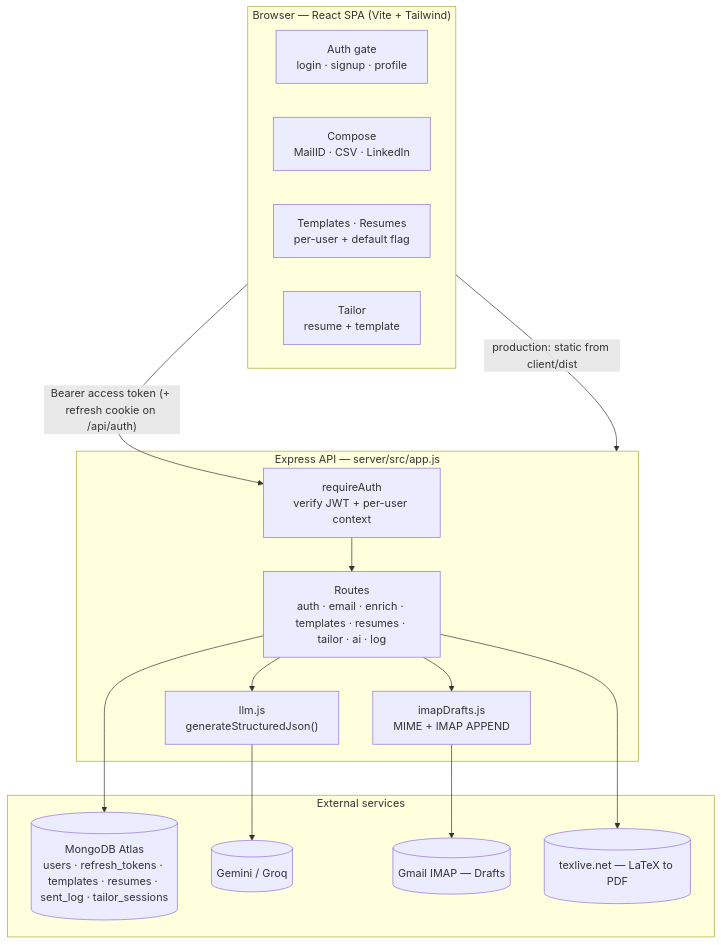
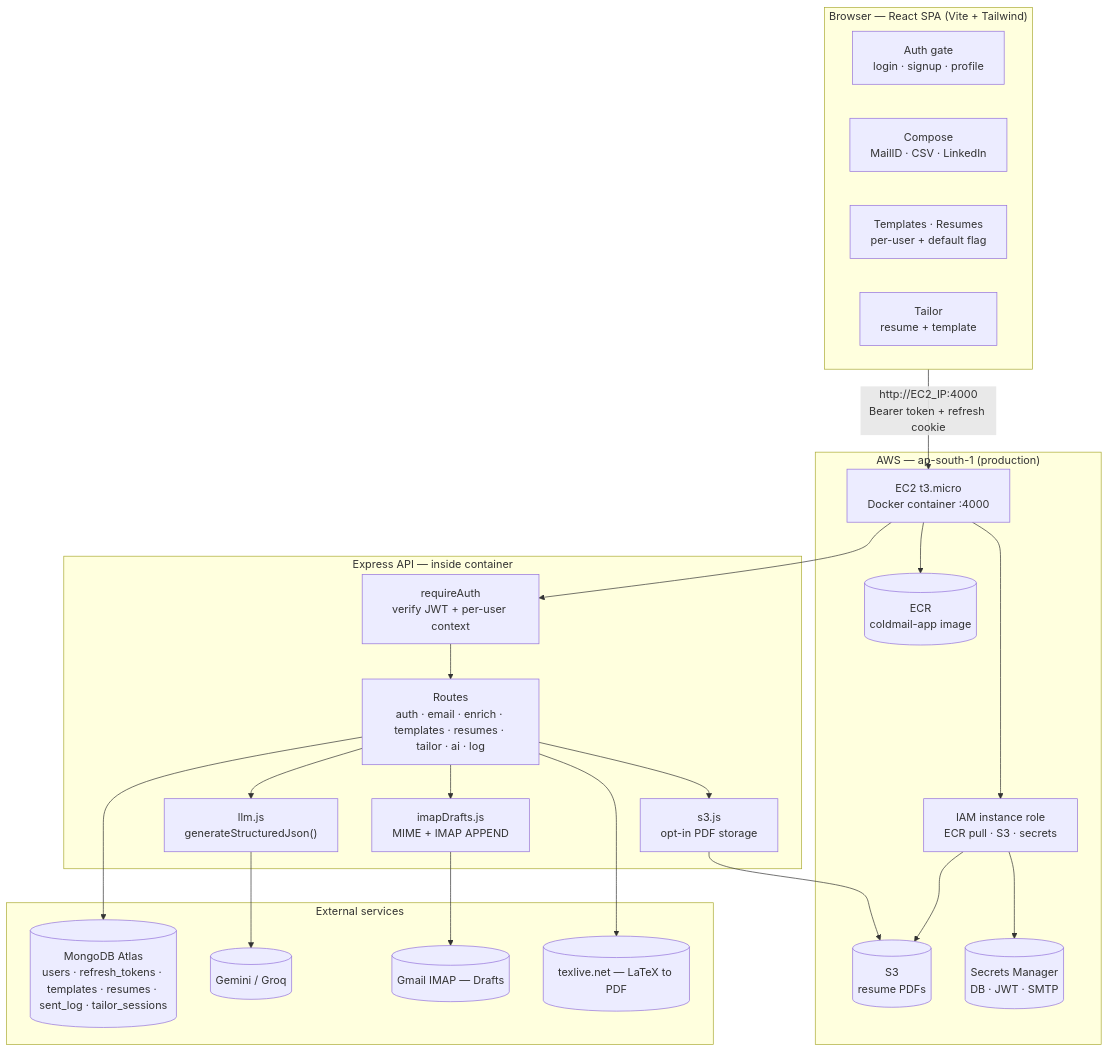
The first of 5 diagrams in DETAILS.md (SK-ILLish-GIT/coldMail), drawn with Mermaid before and after one commit. The commit also changed other lines of this file, not shown here.

First line of the commit message:
docs(details): update project documentation to reflect AWS deployment and S3 integration

````diff
--- a/DETAILS.md
+++ b/DETAILS.md
@@ -33,31 +29,45 @@
 ```mermaid
 flowchart TB
   subgraph Client["Browser — React SPA (Vite + Tailwind)"]
     Gate["Auth gate<br/>login · signup · profile"]
     Compose["Compose<br/>MailID · CSV · LinkedIn"]
     Library["Templates · Resumes<br/>per-user + default flag"]
     Tailor["Tailor<br/>resume + template"]
   end
 
-  subgraph Server["Express API — server/src/app.js"]
+  subgraph AWS["AWS — ap-south-1 (production)"]
+    EC2["EC2 t3.micro<br/>Docker container :4000"]
+    ECR[("ECR<br/>coldmail-app image")]
+    S3[("S3<br/>resume PDFs")]
+    SM[("Secrets Manager<br/>DB · JWT · SMTP")]
+    IAM["IAM instance role<br/>ECR pull · S3 · secrets"]
+  end
+
+  subgraph Server["Express API — inside container"]
     AuthMW["requireAuth<br/>verify JWT + per-user context"]
     Routes["Routes<br/>auth · email · enrich · templates · resumes · tailor · ai · log"]
     LLM["llm.js<br/>generateStructuredJson()"]
     Draft["imapDrafts.js<br/>MIME + IMAP APPEND"]
+    S3svc["s3.js<br/>opt-in PDF storage"]
   end
 
   subgraph External["External services"]
     Mongo[("MongoDB Atlas<br/>users · refresh_tokens · templates · resumes · sent_log · tailor_sessions")]
     AIP[("Gemini / Groq")]
     Gmail[("Gmail IMAP — Drafts")]
     TexLive[("texlive.net — LaTeX to PDF")]
   end
 
-  Client -->|"Bearer access token (+ refresh cookie on /api/auth)"| AuthMW
+  Client -->|"http://EC2_IP:4000<br/>Bearer token + refresh cookie"| EC2
+  EC2 --> ECR
+  EC2 --> IAM
+  IAM --> S3
+  IAM --> SM
+  EC2 --> AuthMW
   AuthMW --> Routes
   Routes --> LLM --> AIP
   Routes --> Mongo
+  Routes --> S3svc --> S3
   Routes --> Draft --> Gmail
   Routes --> TexLive
-  Client -->|"production: static from client/dist"| Server
 ```
````
